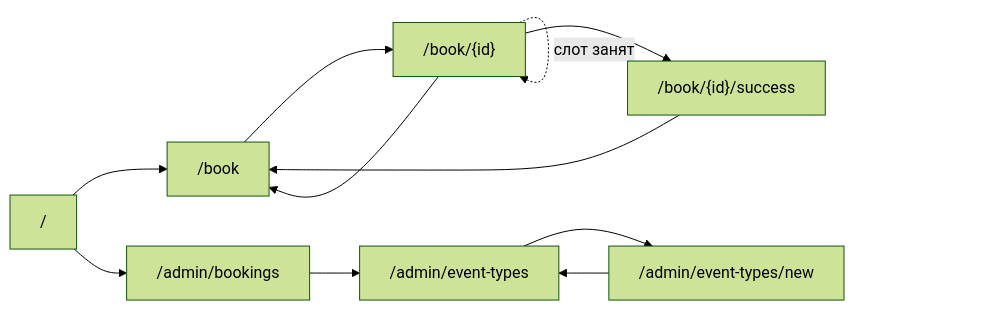
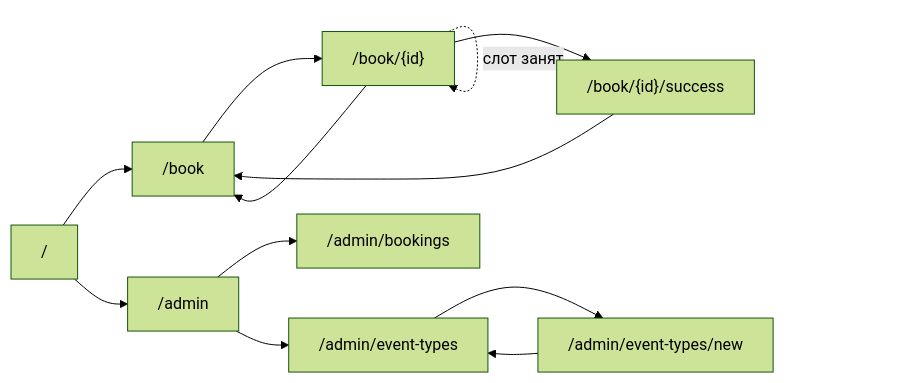
The third of 3 diagrams in docs/SPECIFICATION.md (ivveta/ai-for-developers-project-386), drawn with Mermaid (forest theme) before and after one commit. The commit also changed other lines of this file and 41 other files, not shown here.

````diff
--- a/docs/SPECIFICATION.md
+++ b/docs/SPECIFICATION.md
@@ -376,14 +392,15 @@
 ```mermaid
 flowchart LR
     Home["/"] --> Catalog["/book"]
     Catalog --> Slots["/book/{id}"]
     Slots --> Success["/book/{id}/success"]
     Slots -. "слот занят" .-> Slots
     Slots --> Catalog
     Success --> Catalog
 
-    Home --> Admin["/admin/bookings"]
-    Admin --> Types["/admin/event-types"]
+    Home --> AdminHub["/admin"]
+    AdminHub --> Admin["/admin/bookings"]
+    AdminHub --> Types["/admin/event-types"]
     Types --> NewType["/admin/event-types/new"]
     NewType --> Types
 ```
````
